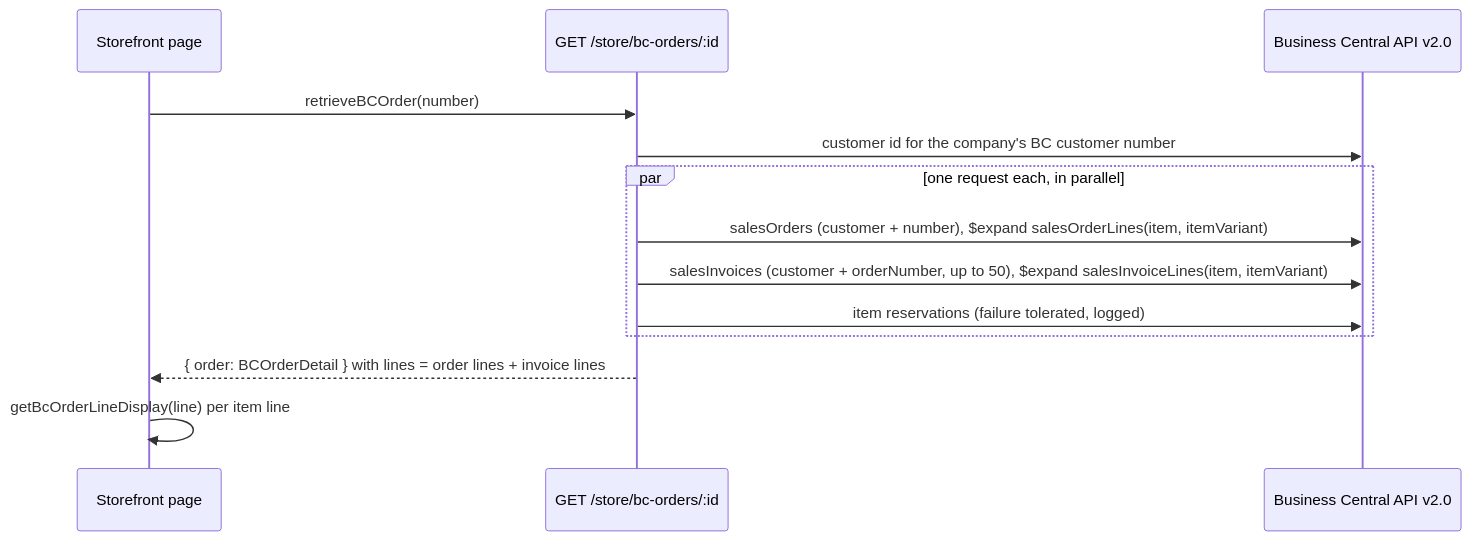
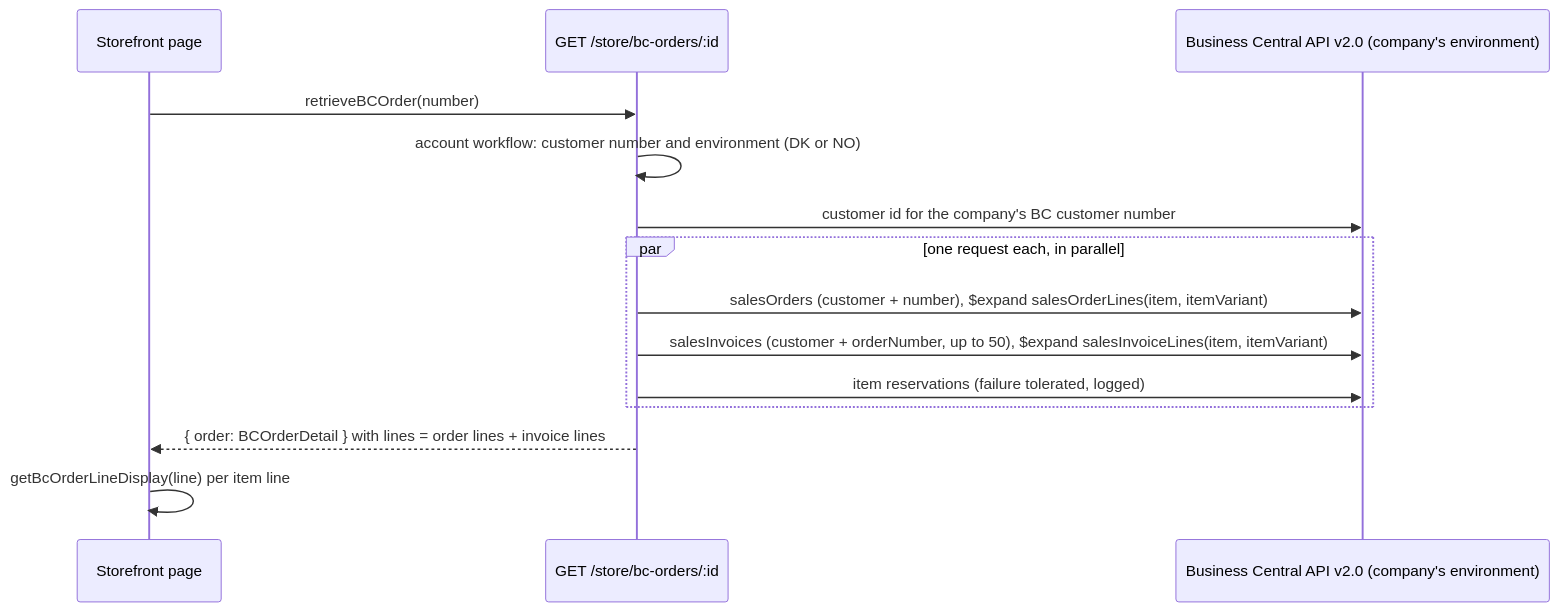
The diagram in docs/architecture/business-central-order-detail.md (AlphaSolutionsA-S/nimbusnordic-medusab2b), drawn with Mermaid before and after one commit. The commit also changed other lines of this file and 6 other files, not shown here.

Commit message:
NIMBUS-261: Document Norwegian Business Central routing

````diff
--- a/docs/architecture/business-central-order-detail.md
+++ b/docs/architecture/business-central-order-detail.md
@@ -38,15 +40,16 @@
 ```mermaid
 sequenceDiagram
   participant SF as Storefront page
   participant R as GET /store/bc-orders/:id
-  participant BC as Business Central API v2.0
+  participant BC as Business Central API v2.0 (company's environment)
   SF->>R: retrieveBCOrder(number)
+  R->>R: account workflow: customer number and environment (DK or NO)
   R->>BC: customer id for the company's BC customer number
   par one request each, in parallel
     R->>BC: salesOrders (customer + number), $expand salesOrderLines(item, itemVariant)
     R->>BC: salesInvoices (customer + orderNumber, up to 50), $expand salesInvoiceLines(item, itemVariant)
     R->>BC: item reservations (failure tolerated, logged)
   end
   R-->>SF: { order: BCOrderDetail } with lines = order lines + invoice lines
   SF->>SF: getBcOrderLineDisplay(line) per item line
 ```
````
